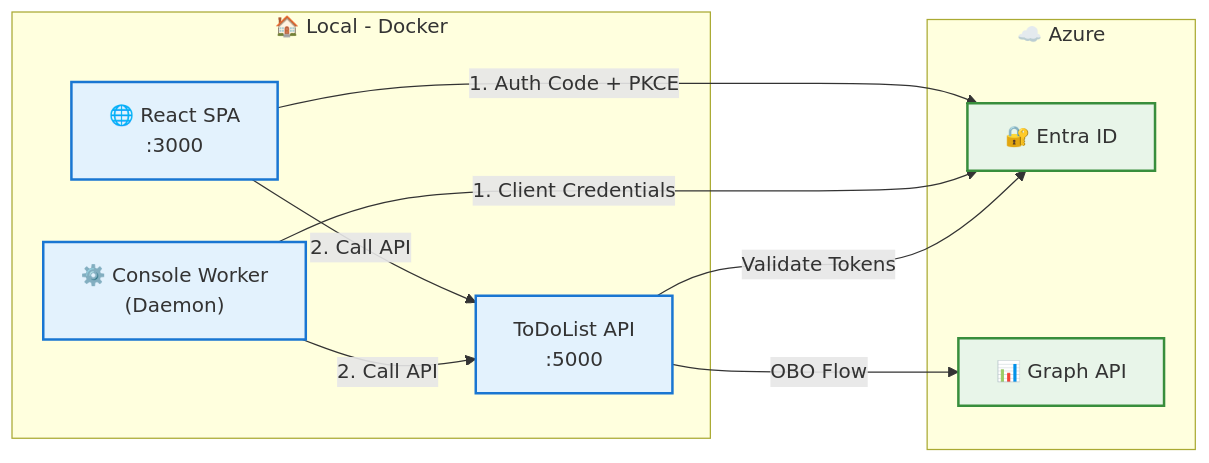
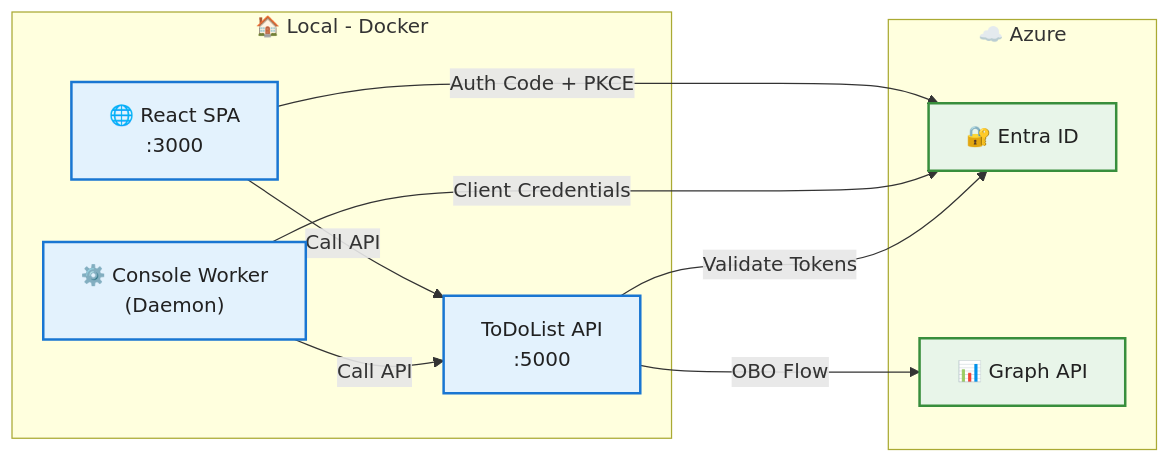
The diagram in src/ToDoList/ARCHITECTURE.md (viniventura/mvpconf-entraflows), drawn with Mermaid before and after one commit. The commit also changed 1 other file, not shown here.

Commit message:
Remoção da orfem do flow no diagrama de arquitetura e troca pra fonte mais escura

````diff
--- a/src/ToDoList/ARCHITECTURE.md
+++ b/src/ToDoList/ARCHITECTURE.md
@@ -7,28 +7,28 @@
 ```mermaid
 graph LR
     subgraph Local["🏠 Local - Docker"]
         SPA["🌐 React SPA<br/>:3000"]
         Console["⚙️ Console Worker<br/>(Daemon)"]
         API[" ToDoList API<br/>:5000"]
     end
     
     subgraph Azure["☁️ Azure"]
         EntraID["🔐 Entra ID"]
         Graph["📊 Graph API"]
     end
     
-    SPA -->|"1. Auth Code + PKCE"| EntraID
-    SPA -->|"2. Call API"| API
+    SPA -->|"Auth Code + PKCE"| EntraID
+    SPA -->|"Call API"| API
     
-    Console -->|"1. Client Credentials"| EntraID
-    Console -->|"2. Call API"| API
+    Console -->|"Client Credentials"| EntraID
+    Console -->|"Call API"| API
     
     API -->|"Validate Tokens"| EntraID
     API -->|"OBO Flow"| Graph
     
-    classDef local fill:#e3f2fd,stroke:#1976d2,stroke-width:2px
-    classDef azure fill:#e8f5e9,stroke:#388e3c,stroke-width:2px
+    classDef local fill:#e3f2fd,stroke:#1976d2,stroke-width:2px,color:#212121
+    classDef azure fill:#e8f5e9,stroke:#388e3c,stroke-width:2px,color:#212121
     
     class SPA,Console,API local
     class EntraID,Graph azure
 ```
````
